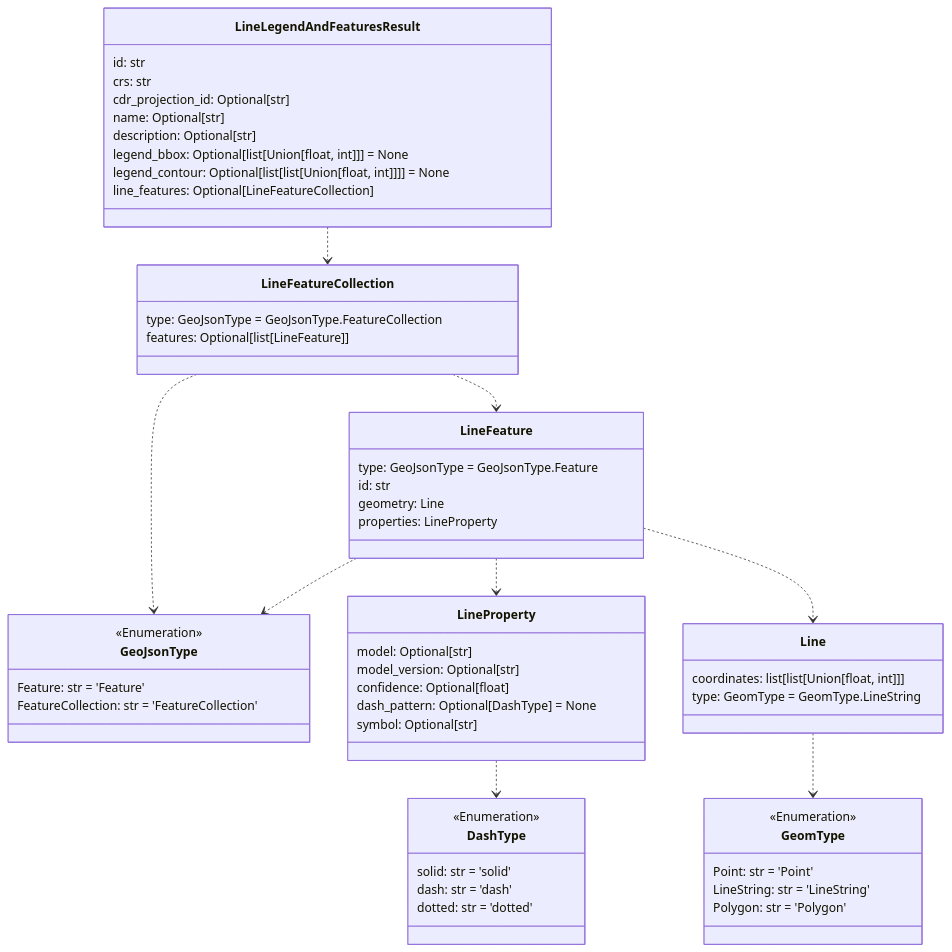
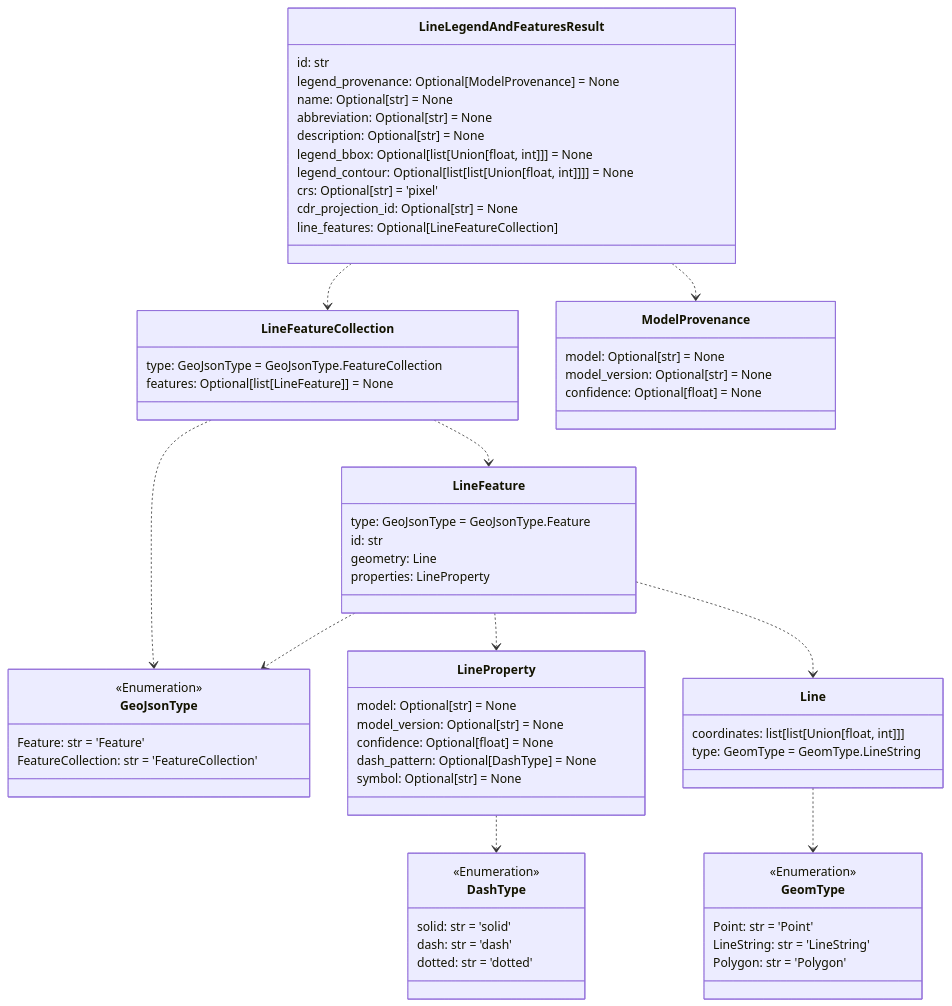
The sixth of 12 diagrams in README.md (DARPA-CRITICALMAAS/cdr_schemas), drawn with Mermaid before and after one commit. The commit also changed other lines of this file and 5 other files, not shown here.

Commit message:
Added model provence and formatted line and point features

````diff
--- a/README.md
+++ b/README.md
@@ -416,70 +433,79 @@
 ```mermaid
 classDiagram
 
     class GeoJsonType {
         <<Enumeration>>
         Feature: str = 'Feature'
         FeatureCollection: str = 'FeatureCollection'
     }
 
-    class LineProperty {
-        model: Optional[str]
-        model_version: Optional[str]
-        confidence: Optional[float]
-        dash_pattern: Optional[DashType] = None
-        symbol: Optional[str]
+    class LineFeatureCollection {
+        type: GeoJsonType = GeoJsonType.FeatureCollection
+        features: Optional[list[LineFeature]] = None
+    }
+
+    class ModelProvenance {
+        model: Optional[str] = None
+        model_version: Optional[str] = None
+        confidence: Optional[float] = None
+    }
+
+    class DashType {
+        <<Enumeration>>
+        solid: str = 'solid'
+        dash: str = 'dash'
+        dotted: str = 'dotted'
+    }
+
+    class Line {
+        coordinates: list[list[Union[float, int]]]
+        type: GeomType = GeomType.LineString
     }
 
     class GeomType {
         <<Enumeration>>
         Point: str = 'Point'
         LineString: str = 'LineString'
         Polygon: str = 'Polygon'
     }
 
-    class LineFeatureCollection {
-        type: GeoJsonType = GeoJsonType.FeatureCollection
-        features: Optional[list[LineFeature]]
-    }
-
-    class LineLegendAndFeaturesResult {
-        id: str
-        crs: str
-        cdr_projection_id: Optional[str]
-        name: Optional[str]
-        description: Optional[str]
-        legend_bbox: Optional[list[Union[float, int]]] = None
-        legend_contour: Optional[list[list[Union[float, int]]]] = None
-        line_features: Optional[LineFeatureCollection]
-    }
-
-    class DashType {
-        <<Enumeration>>
-        solid: str = 'solid'
-        dash: str = 'dash'
-        dotted: str = 'dotted'
-    }
-
     class LineFeature {
         type: GeoJsonType = GeoJsonType.Feature
         id: str
         geometry: Line
         properties: LineProperty
     }
 
-    class Line {
-        coordinates: list[list[Union[float, int]]]
-        type: GeomType = GeomType.LineString
+    class LineLegendAndFeaturesResult {
+        id: str
+        legend_provenance: Optional[ModelProvenance] = None
+        name: Optional[str] = None
+        abbreviation: Optional[str] = None
+        description: Optional[str] = None
+        legend_bbox: Optional[list[Union[float, int]]] = None
+        legend_contour: Optional[list[list[Union[float, int]]]] = None
+        crs: Optional[str] = 'pixel'
+        cdr_projection_id: Optional[str] = None
+        line_features: Optional[LineFeatureCollection]
+    }
+
+    class LineProperty {
+        model: Optional[str] = None
+        model_version: Optional[str] = None
+        confidence: Optional[float] = None
+        dash_pattern: Optional[DashType] = None
+        symbol: Optional[str] = None
     }
 
     Line ..> GeomType
     LineProperty ..> DashType
+    LineFeature ..> GeoJsonType
     LineFeature ..> LineProperty
-    LineFeature ..> GeoJsonType
     LineFeature ..> Line
     LineFeatureCollection ..> GeoJsonType
     LineFeatureCollection ..> LineFeature
     LineLegendAndFeaturesResult ..> LineFeatureCollection
+    LineLegendAndFeaturesResult ..> ModelProvenance
 
 
 ```
````
